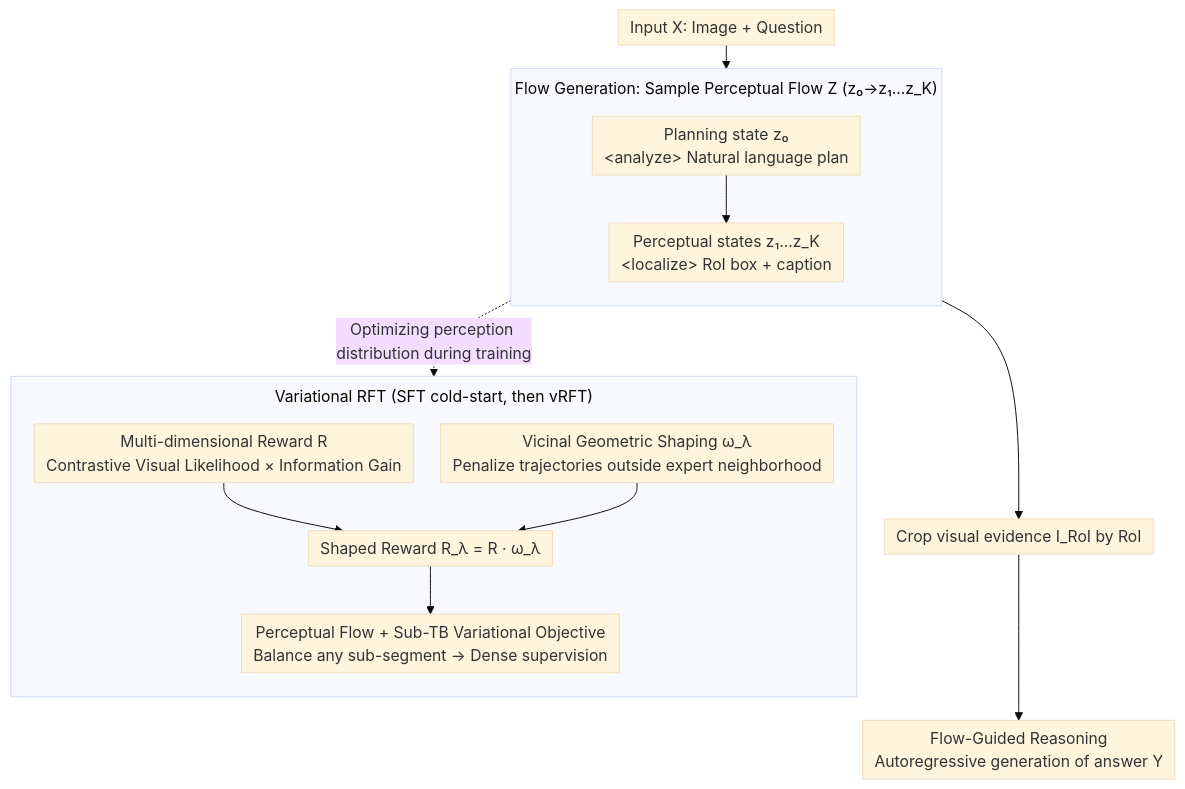
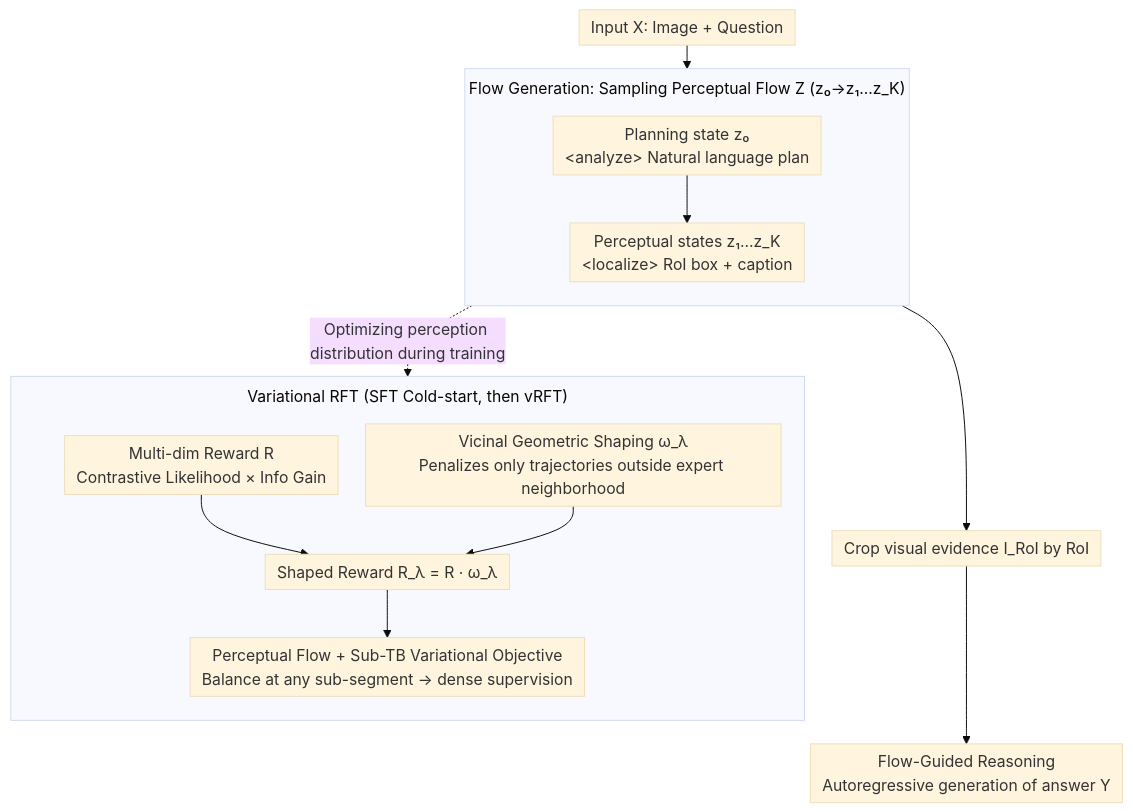
Before and after one commit to zhaoyang97/Paper-Notes-en: the diagram in docs/ICML2026/reinforcement_learning/perceptual_flow_network_for_visually_grounded_reasoning.md, drawn with Mermaid (base theme). The commit also changed other lines of this file and 5084 other files, not shown here.

````diff
--- a/docs/ICML2026/reinforcement_learning/perceptual_flow_network_for_visually_grounded_reasoning.md
+++ b/docs/ICML2026/reinforcement_learning/perceptual_flow_network_for_visually_grounded_reasoning.md
@@ -44,19 +44,19 @@
 ```mermaid
 %%{init: {'flowchart': {'rankSpacing': 24, 'nodeSpacing': 28, 'padding': 6, 'wrappingWidth': 400, 'subGraphTitleMargin': {'top': 8, 'bottom': 16}}}}%%
 flowchart TD
     X["Input X: Image + Question"] --> FG
-    subgraph FG["Flow Generation: Sample Perceptual Flow Z (z₀→z₁…z_K)"]
+    subgraph FG["Flow Generation: Sampling Perceptual Flow Z (z₀→z₁…z_K)"]
         direction TB
         Z0["Planning state z₀<br/>&lt;analyze&gt; Natural language plan"] --> ZK["Perceptual states z₁…z_K<br/>&lt;localize&gt; RoI box + caption"]
     end
     FG --> CROP["Crop visual evidence I_RoI by RoI"]
     CROP --> FGR["Flow-Guided Reasoning<br/>Autoregressive generation of answer Y"]
 
     FG -.Optimizing perception distribution during training.-> VRFT
-    subgraph VRFT["Variational RFT (SFT cold-start, then vRFT)"]
+    subgraph VRFT["Variational RFT (SFT Cold-start, then vRFT)"]
         direction TB
-        D2["Multi-dimensional Reward R<br/>Contrastive Visual Likelihood × Information Gain"] --> RL["Shaped Reward R_λ = R · ω_λ"]
-        D3["Vicinal Geometric Shaping ω_λ<br/>Penalize trajectories outside expert neighborhood"] --> RL
-        RL --> D1["Perceptual Flow + Sub-TB Variational Objective<br/>Balance any sub-segment → Dense supervision"]
+        D2["Multi-dim Reward R<br/>Contrastive Likelihood × Info Gain"] --> RL["Shaped Reward R_λ = R · ω_λ"]
+        D3["Vicinal Geometric Shaping ω_λ<br/>Penalizes only trajectories outside expert neighborhood"] --> RL
+        RL --> D1["Perceptual Flow + Sub-TB Variational Objective<br/>Balance at any sub-segment → dense supervision"]
     end
 ```
````
